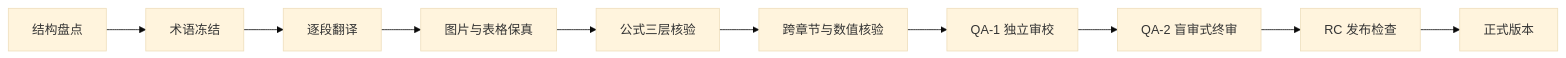
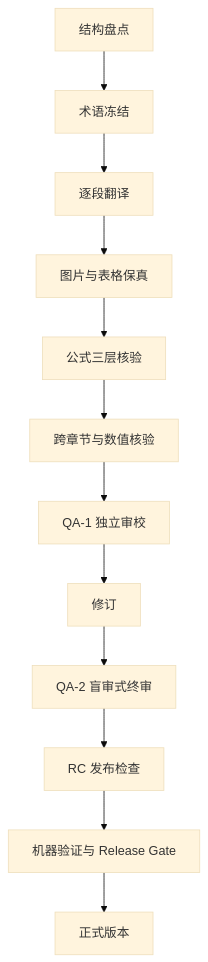
Before and after one commit to CodeLab-Aurora/precision-measurement-translation-guide: the diagram in README.md, drawn with Mermaid (base theme). The commit also changed other lines of this file and 11 other files, not shown here.

````diff
--- a/README.md
+++ b/README.md
@@ -31,12 +34,14 @@
 ```mermaid
-flowchart LR
+flowchart TD
     A[结构盘点] --> B[术语冻结]
     B --> C[逐段翻译]
     C --> D[图片与表格保真]
     D --> E[公式三层核验]
     E --> F[跨章节与数值核验]
     F --> G[QA-1 独立审校]
-    G --> H[QA-2 盲审式终审]
-    H --> I[RC 发布检查]
-    I --> J[正式版本]
+    G --> H[修订]
+    H --> I[QA-2 盲审式终审]
+    I --> J[RC 发布检查]
+    J --> K[机器验证与 Release Gate]
+    K --> L[正式版本]
 ```
````
